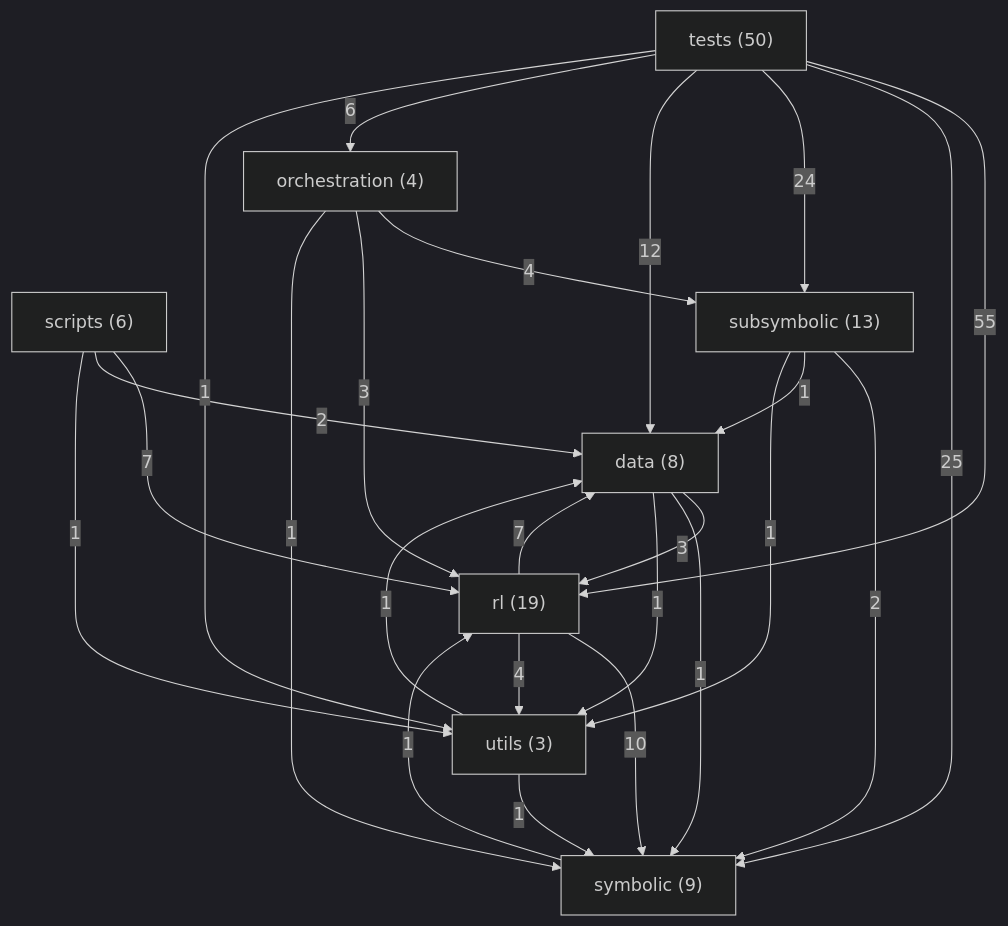
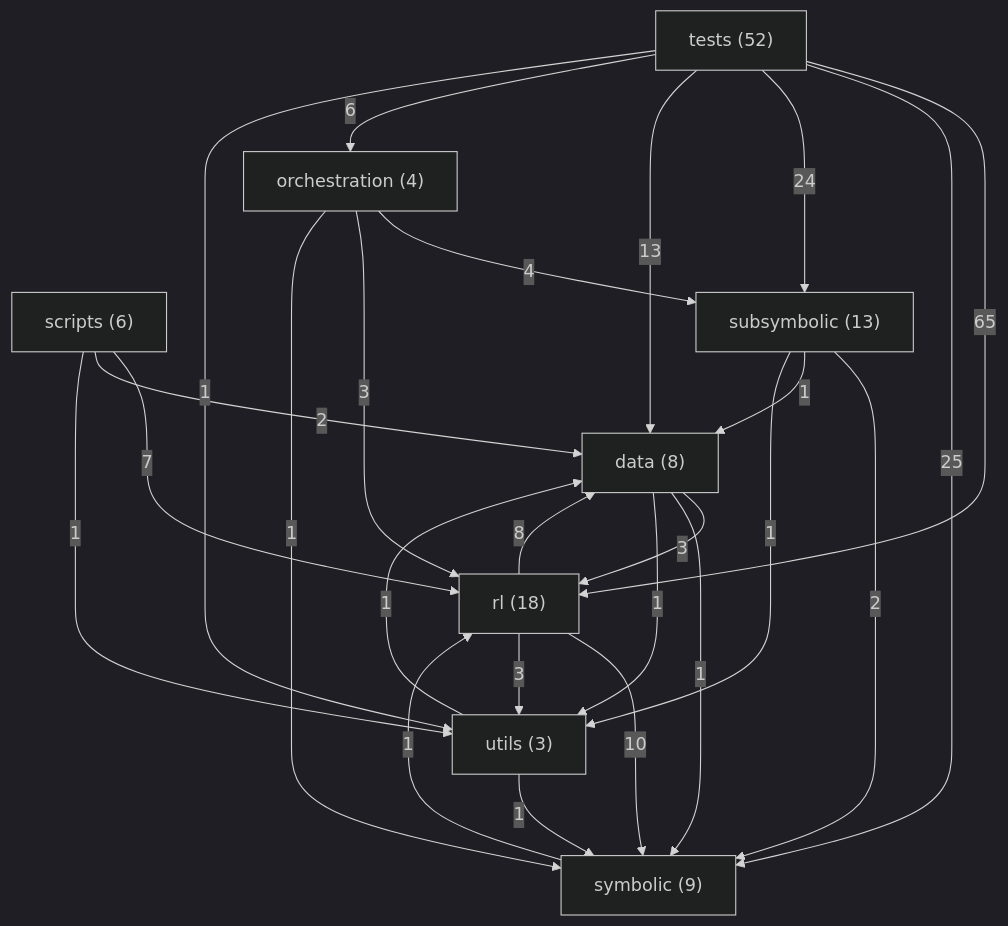
One commit to danrd/ARC-AGI changed the diagram in ARCHITECTURE.md. Above: the diagram before and after it, drawn with Mermaid (dark theme). The commit also changed other lines of this file and 25 other files, not shown here.

````diff
--- a/ARCHITECTURE.md
+++ b/ARCHITECTURE.md
@@ -127,35 +127,35 @@
 ```mermaid
 graph TD
   data["data (8)"]
   orchestration["orchestration (4)"]
-  rl["rl (19)"]
+  rl["rl (18)"]
   scripts["scripts (6)"]
   subsymbolic["subsymbolic (13)"]
   symbolic["symbolic (9)"]
-  tests["tests (50)"]
+  tests["tests (52)"]
   utils["utils (3)"]
-  tests -->|55| rl
+  tests -->|65| rl
   tests -->|25| symbolic
   tests -->|24| subsymbolic
-  tests -->|12| data
+  tests -->|13| data
   rl -->|10| symbolic
-  rl -->|7| data
+  rl -->|8| data
   scripts -->|7| rl
   tests -->|6| orchestration
   orchestration -->|4| subsymbolic
-  rl -->|4| utils
   data -->|3| rl
   orchestration -->|3| rl
+  rl -->|3| utils
   scripts -->|2| data
   subsymbolic -->|2| symbolic
   data -->|1| symbolic
   data -->|1| utils
   orchestration -->|1| symbolic
   scripts -->|1| utils
   subsymbolic -->|1| data
   subsymbolic -->|1| utils
   symbolic -->|1| rl
   tests -->|1| utils
   utils -->|1| data
   utils -->|1| symbolic
 ```
````
